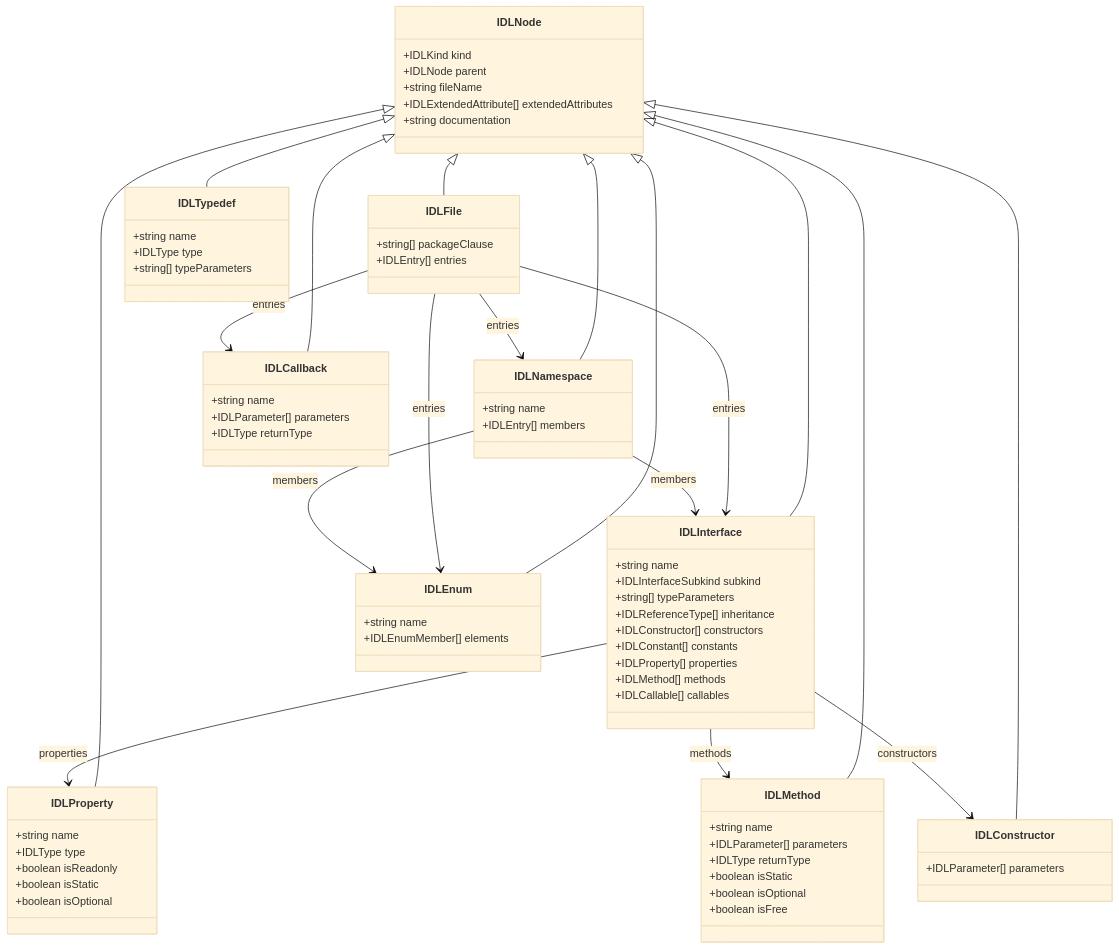
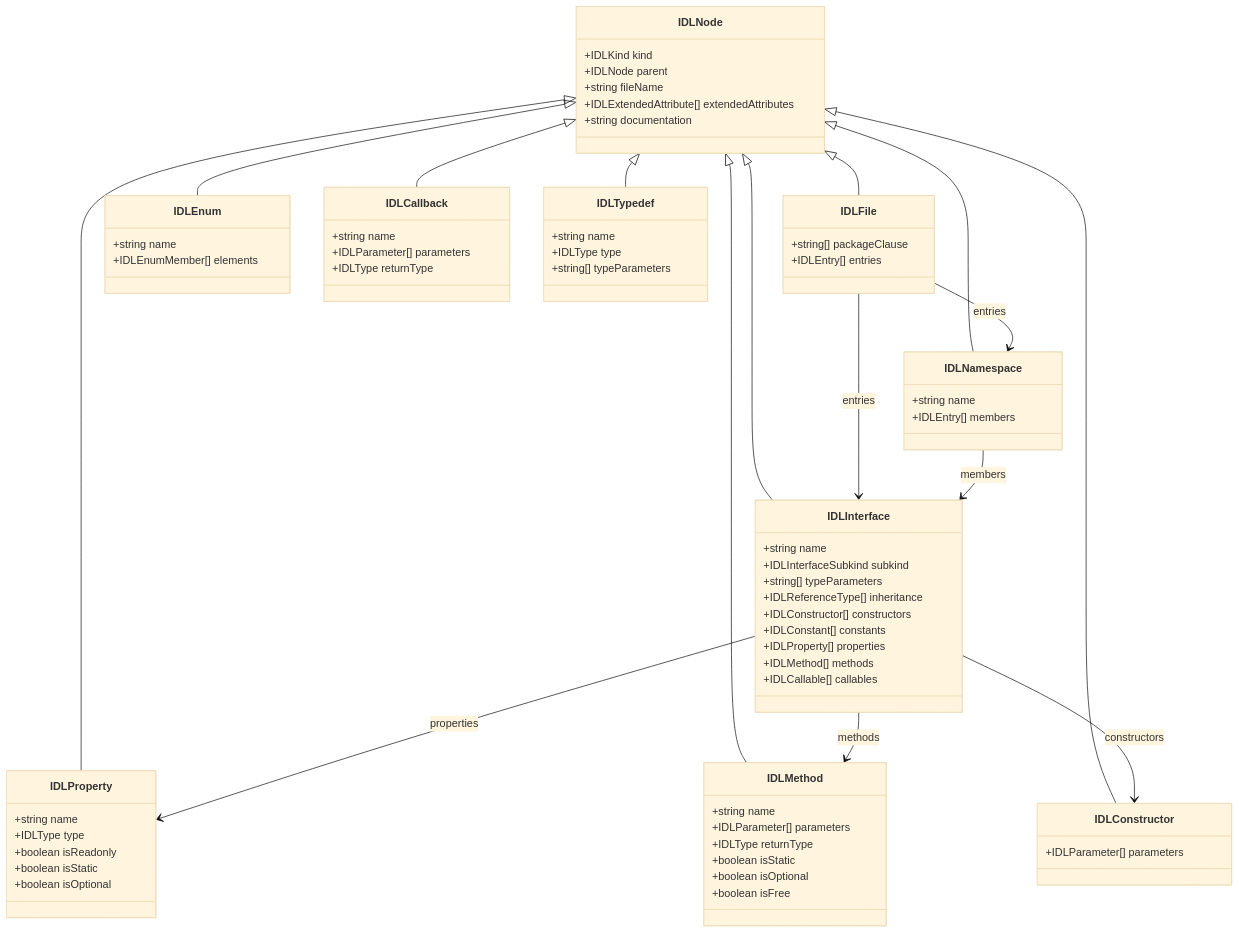
Before and after one commit to openharmony/arkui_idlize: the second of 4 diagrams in doc_developer/en/ARCHITECTURE.md, drawn with Mermaid (base theme). The commit also changed other lines of this file and 11 other files, not shown here.

````diff
--- a/doc_developer/en/ARCHITECTURE.md
+++ b/doc_developer/en/ARCHITECTURE.md
@@ -324,79 +248,76 @@
 ```mermaid
 classDiagram
     class IDLNode {
         +IDLKind kind
         +IDLNode parent
         +string fileName
         +IDLExtendedAttribute[] extendedAttributes
         +string documentation
     }
     class IDLFile {
         +string[] packageClause
         +IDLEntry[] entries
     }
     class IDLNamespace {
         +string name
         +IDLEntry[] members
     }
     class IDLInterface {
         +string name
         +IDLInterfaceSubkind subkind
         +string[] typeParameters
         +IDLReferenceType[] inheritance
         +IDLConstructor[] constructors
         +IDLConstant[] constants
         +IDLProperty[] properties
         +IDLMethod[] methods
         +IDLCallable[] callables
     }
     class IDLEnum {
         +string name
         +IDLEnumMember[] elements
     }
     class IDLCallback {
         +string name
         +IDLParameter[] parameters
         +IDLType returnType
     }
     class IDLTypedef {
         +string name
         +IDLType type
         +string[] typeParameters
     }
     class IDLProperty {
         +string name
         +IDLType type
         +boolean isReadonly
         +boolean isStatic
         +boolean isOptional
     }
     class IDLMethod {
         +string name
         +IDLParameter[] parameters
         +IDLType returnType
         +boolean isStatic
         +boolean isOptional
         +boolean isFree
     }
     class IDLConstructor {
         +IDLParameter[] parameters
     }
     IDLNode <|-- IDLFile
     IDLNode <|-- IDLNamespace
     IDLNode <|-- IDLInterface
     IDLNode <|-- IDLEnum
     IDLNode <|-- IDLCallback
     IDLNode <|-- IDLTypedef
     IDLNode <|-- IDLProperty
     IDLNode <|-- IDLMethod
     IDLNode <|-- IDLConstructor
     IDLFile --> IDLNamespace : entries
     IDLFile --> IDLInterface : entries
-    IDLFile --> IDLEnum : entries
-    IDLFile --> IDLCallback : entries
     IDLNamespace --> IDLInterface : members
-    IDLNamespace --> IDLEnum : members
     IDLInterface --> IDLProperty : properties
     IDLInterface --> IDLMethod : methods
     IDLInterface --> IDLConstructor : constructors
 ```
````
